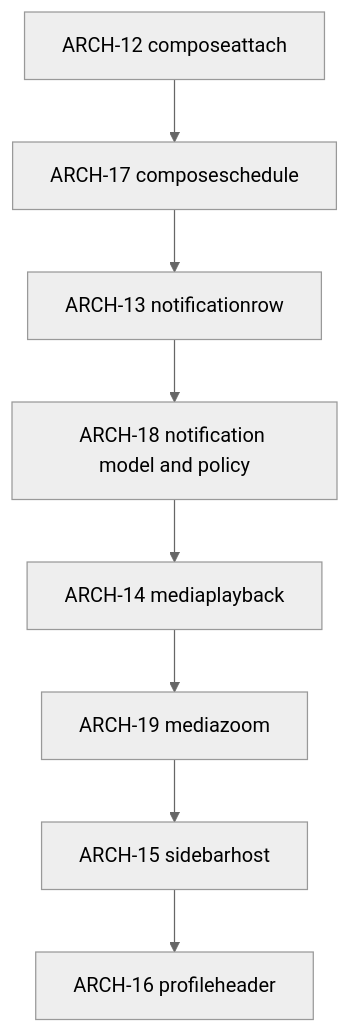
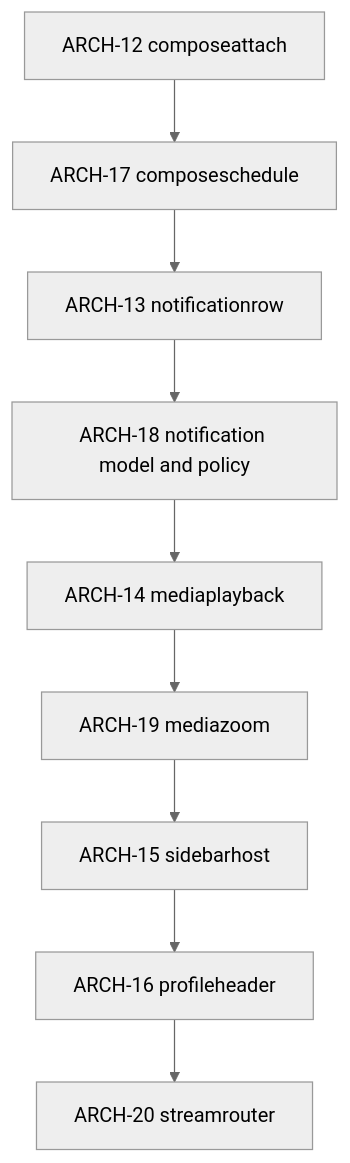
Before and after one commit to mauriciobc/Babble: the diagram in Docs/arch-structural-debt-plan.md, drawn with Mermaid (neutral theme). The commit also changed other lines of this file and 4 other files, not shown here.

````diff
--- a/Docs/arch-structural-debt-plan.md
+++ b/Docs/arch-structural-debt-plan.md
@@ -54,12 +54,13 @@
 ```mermaid
 flowchart TD
   A12[ARCH-12 composeattach]
   A17[ARCH-17 composeschedule]
   A13[ARCH-13 notificationrow]
   A18[ARCH-18 notification model and policy]
   A14[ARCH-14 mediaplayback]
   A19[ARCH-19 mediazoom]
   A15[ARCH-15 sidebarhost]
   A16[ARCH-16 profileheader]
-  A12 --> A17 --> A13 --> A18 --> A14 --> A19 --> A15 --> A16
+  A20[ARCH-20 streamrouter]
+  A12 --> A17 --> A13 --> A18 --> A14 --> A19 --> A15 --> A16 --> A20
 ```
````
